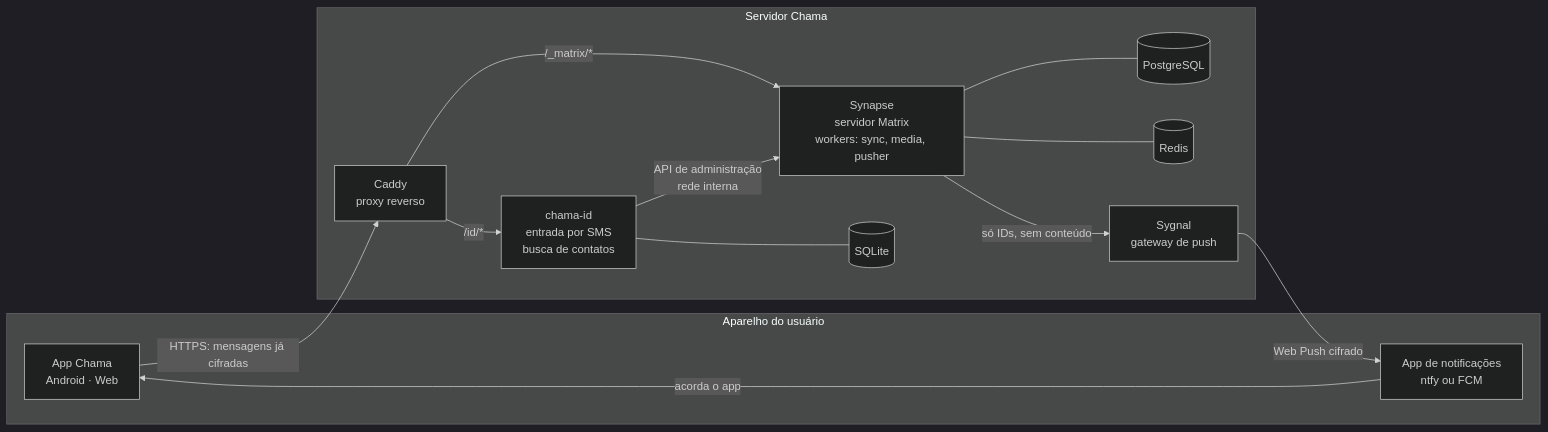
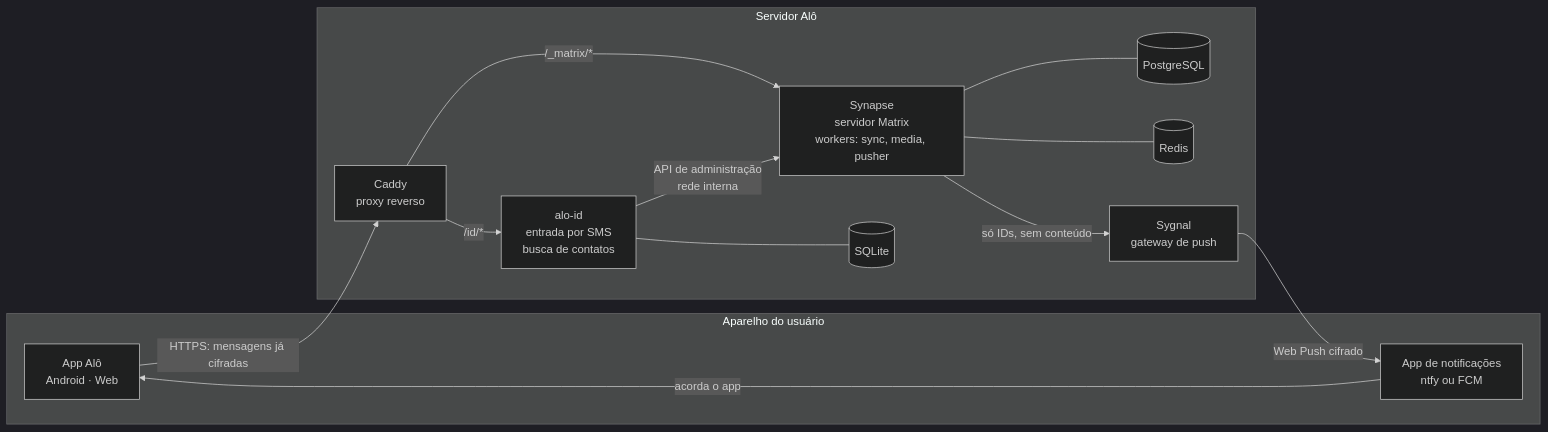
The diagram in README.md (kaiomp/alo), drawn with Mermaid (dark theme) before and after one commit. The commit also changed other lines of this file and 153 other files, not shown here.

First line of the commit message:
Rename chama to alo across code, packages, server and docs

````diff
--- a/README.md
+++ b/README.md
@@ -141,28 +141,28 @@
 ```mermaid
 flowchart LR
   subgraph aparelho["Aparelho do usuário"]
-    app["App Chama<br/>Android · Web"]
+    app["App Alô<br/>Android · Web"]
     dist["App de notificações<br/>ntfy ou FCM"]
   end
 
-  subgraph servidor["Servidor Chama"]
+  subgraph servidor["Servidor Alô"]
     caddy["Caddy<br/>proxy reverso"]
     synapse["Synapse<br/>servidor Matrix<br/>workers: sync, media, pusher"]
-    id["chama-id<br/>entrada por SMS<br/>busca de contatos"]
+    id["alo-id<br/>entrada por SMS<br/>busca de contatos"]
     pg[("PostgreSQL")]
     redis[("Redis")]
     sqlite[("SQLite")]
     sygnal["Sygnal<br/>gateway de push"]
   end
 
   app -- "HTTPS: mensagens já cifradas" --> caddy
   caddy -- "/_matrix/*" --> synapse
   caddy -- "/id/*" --> id
   id -- "API de administração<br/>rede interna" --> synapse
   synapse --- pg
   synapse --- redis
   id --- sqlite
   synapse -- "só IDs, sem conteúdo" --> sygnal
   sygnal -- "Web Push cifrado" --> dist
   dist -- "acorda o app" --> app
 ```
````
